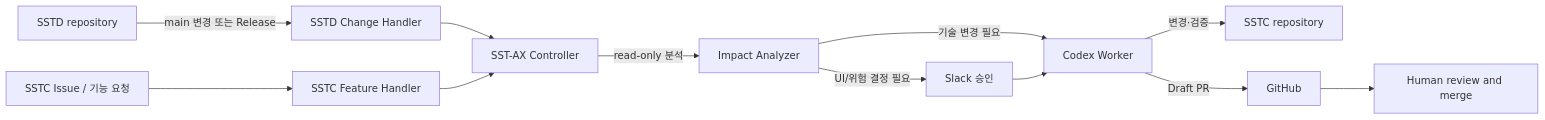
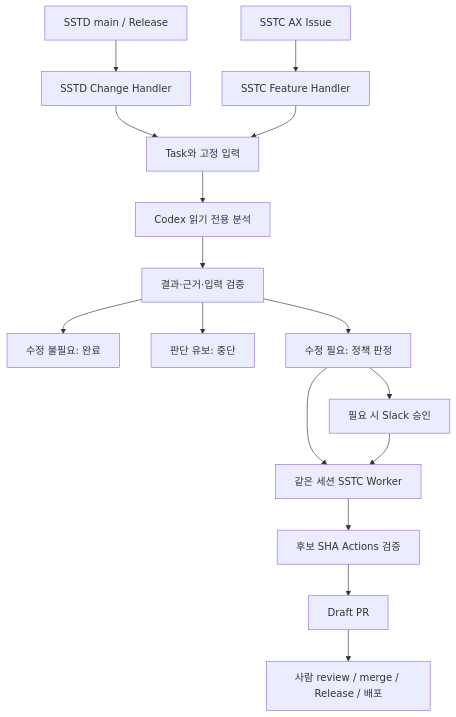
One commit to West-wise/SST_AX changed the diagram in docs/architecture.md. Above: the diagram before and after it, drawn with Mermaid. The commit also changed other lines of this file and 24 other files, not shown here.

````diff
--- a/docs/architecture.md
+++ b/docs/architecture.md
@@ -9,14 +5,18 @@
 ```mermaid
-flowchart LR
-    SSTD[SSTD repository] -->|main 변경 또는 Release| SCH[SSTD Change Handler]
-    ISSUE[SSTC Issue / 기능 요청] --> SFH[SSTC Feature Handler]
-    SCH --> AX[SST-AX Controller]
-    SFH --> AX
-    AX -->|read-only 분석| IA[Impact Analyzer]
-    IA -->|기술 변경 필요| W[Codex Worker]
-    IA -->|UI/위험 결정 필요| SL[Slack 승인]
-    SL --> W
-    W -->|변경·검증| SSTC[SSTC repository]
-    W -->|Draft PR| GH[GitHub]
-    GH --> Human[Human review and merge]
+flowchart TD
+    D[SSTD main / Release] --> DH[SSTD Change Handler]
+    C[SSTC AX Issue] --> CH[SSTC Feature Handler]
+    DH --> T[Task와 고정 입력]
+    CH --> T
+    T --> A[Codex 읽기 전용 분석]
+    A --> V[결과·근거·입력 검증]
+    V --> N[수정 불필요: 완료]
+    V --> U[판단 유보: 중단]
+    V --> P[수정 필요: 정책 판정]
+    P --> S[필요 시 Slack 승인]
+    P --> W[같은 세션 SSTC Worker]
+    S --> W
+    W --> G[후보 SHA Actions 검증]
+    G --> PR[Draft PR]
+    PR --> H[사람 review / merge / Release / 배포]
 ```
````
